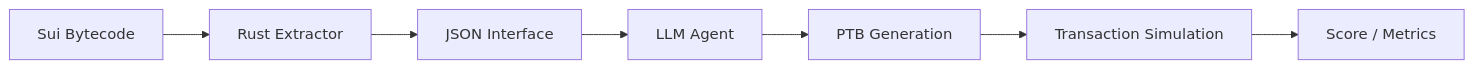
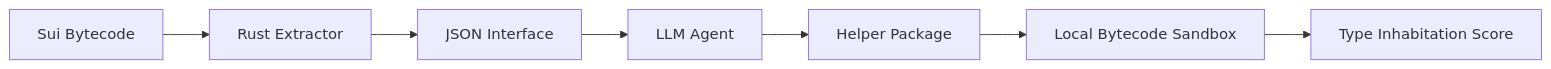
One commit to Evan-Kim2028/sui-sandbox changed the diagram in README.md. Above: the diagram before and after it, drawn with Mermaid. The commit also changed other lines of this file and 8 other files, not shown here.

First line of the commit message:
docs: add Local Bytecode Sandbox documentation with failure taxonomy

````diff
--- a/README.md
+++ b/README.md
@@ -7,9 +10,9 @@
 ```mermaid
 graph LR
     A[Sui Bytecode] --> B[Rust Extractor]
     B --> C[JSON Interface]
     C --> D[LLM Agent]
-    D --> E[PTB Generation]
-    E --> F[Transaction Simulation]
-    F --> G[Score / Metrics]
+    D --> E[Helper Package]
+    E --> F[Local Bytecode Sandbox]
+    F --> G[Type Inhabitation Score]
 ```
````
